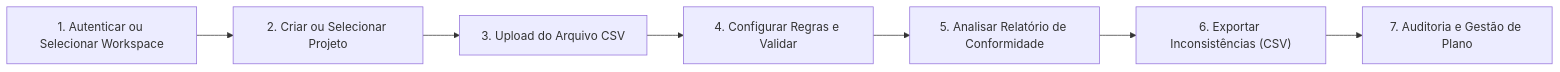
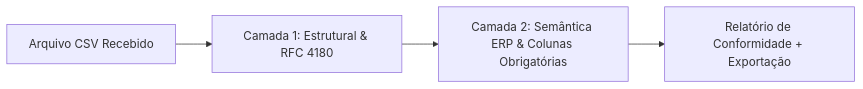
Before and after one commit to MatheusVNR/data-conform: the diagram in README.md, drawn with Mermaid. The commit also changed other lines of this file and 28 other files, not shown here.

````diff
--- a/README.md
+++ b/README.md
@@ -58,9 +42,6 @@
 ```mermaid
 flowchart LR
-    A["1. Autenticar ou Selecionar Workspace"] --> B["2. Criar ou Selecionar Projeto"]
-    B --> C["3. Upload do Arquivo CSV"]
-    C --> D["4. Configurar Regras e Validar"]
-    D --> E["5. Analisar Relatório de Conformidade"]
-    E --> F["6. Exportar Inconsistências (CSV)"]
-    F --> G["7. Auditoria e Gestão de Plano"]
+    CSV["Arquivo CSV Recebido"] --> L1["Camada 1: Estrutural & RFC 4180"]
+    L1 --> L2["Camada 2: Semântica ERP & Colunas Obrigatórias"]
+    L2 --> REP["Relatório de Conformidade + Exportação"]
 ```
````
